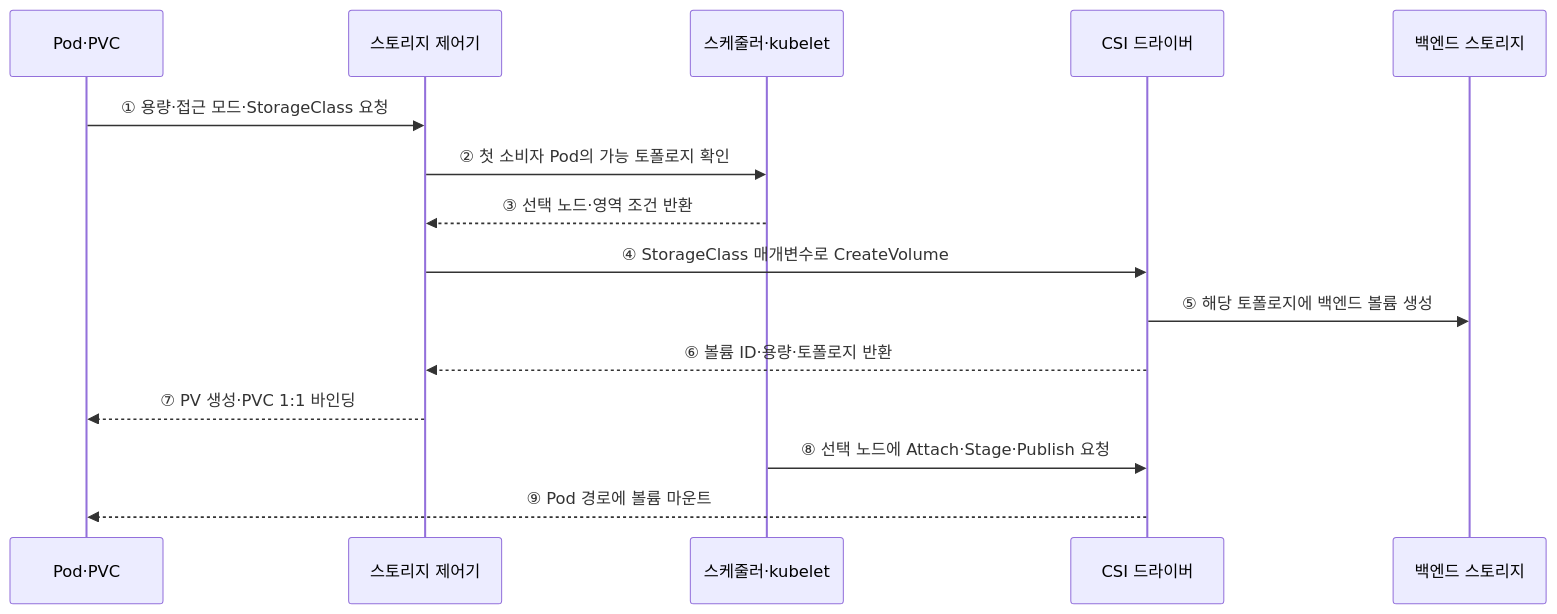
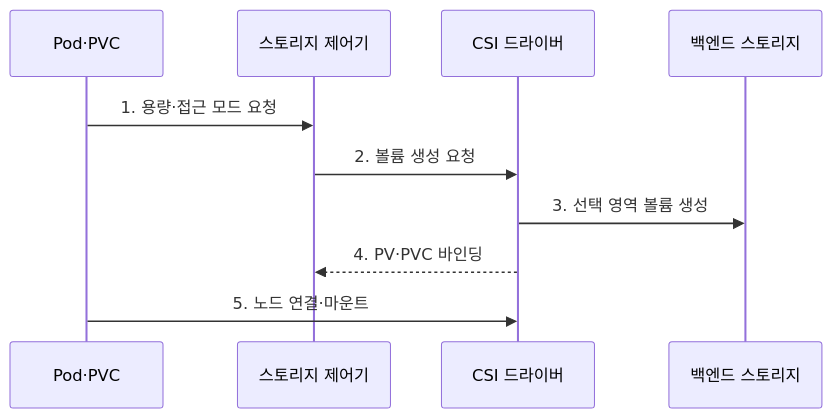
The second of 2 diagrams in src/content/docs/notes/03-software/157_kubernetes_storage.md (agnusdei1207/knowledge-base), drawn with Mermaid before and after one commit. The commit also changed other lines of this file and 20 other files, not shown here.

````diff
--- a/src/content/docs/notes/03-software/157_kubernetes_storage.md
+++ b/src/content/docs/notes/03-software/157_kubernetes_storage.md
@@ -72,17 +83,12 @@
 ```mermaid
 sequenceDiagram
     participant P as Pod·PVC
     participant C as 스토리지 제어기
-    participant K as 스케줄러·kubelet
     participant D as CSI 드라이버
     participant V as 백엔드 스토리지
-    P->>C: ① 용량·접근 모드·StorageClass 요청
-    C->>K: ② 첫 소비자 Pod의 가능 토폴로지 확인
-    K-->>C: ③ 선택 노드·영역 조건 반환
-    C->>D: ④ StorageClass 매개변수로 CreateVolume
-    D->>V: ⑤ 해당 토폴로지에 백엔드 볼륨 생성
-    D-->>C: ⑥ 볼륨 ID·용량·토폴로지 반환
-    C-->>P: ⑦ PV 생성·PVC 1:1 바인딩
-    K->>D: ⑧ 선택 노드에 Attach·Stage·Publish 요청
-    D-->>P: ⑨ Pod 경로에 볼륨 마운트
+    P->>C: 1. 용량·접근 모드 요청
+    C->>D: 2. 볼륨 생성 요청
+    D->>V: 3. 선택 영역 볼륨 생성
+    D-->>C: 4. PV·PVC 바인딩
+    P->>D: 5. 노드 연결·마운트
 ```
````
